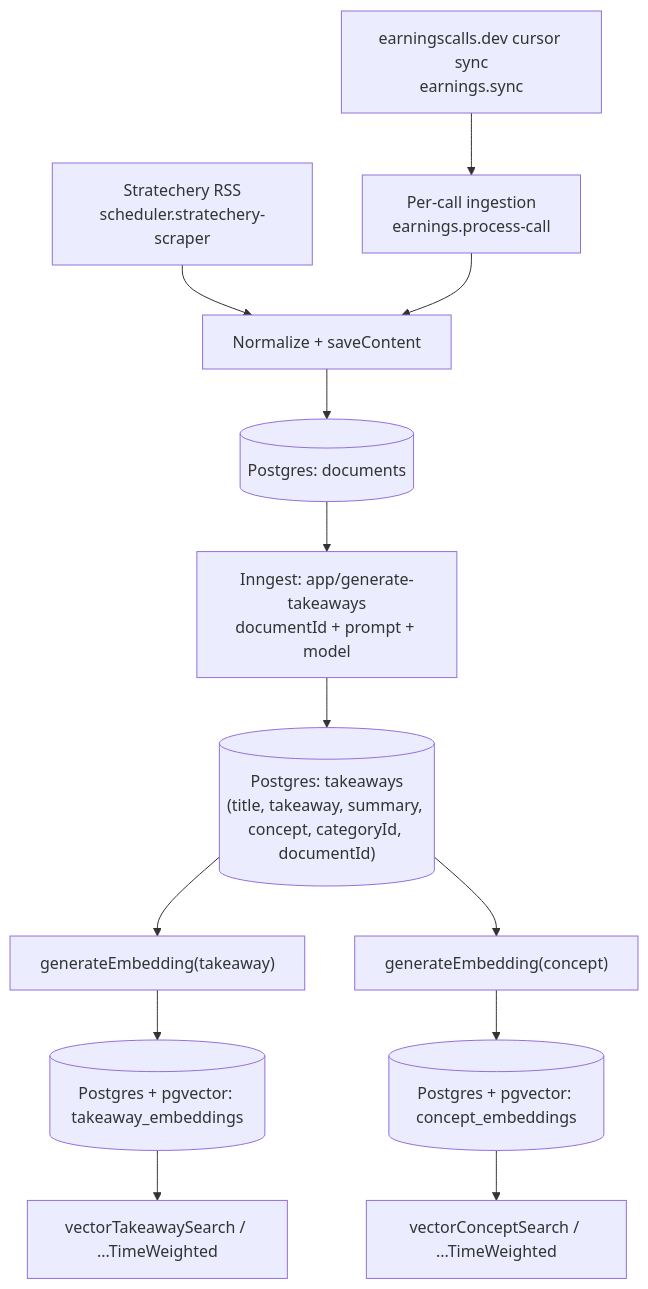
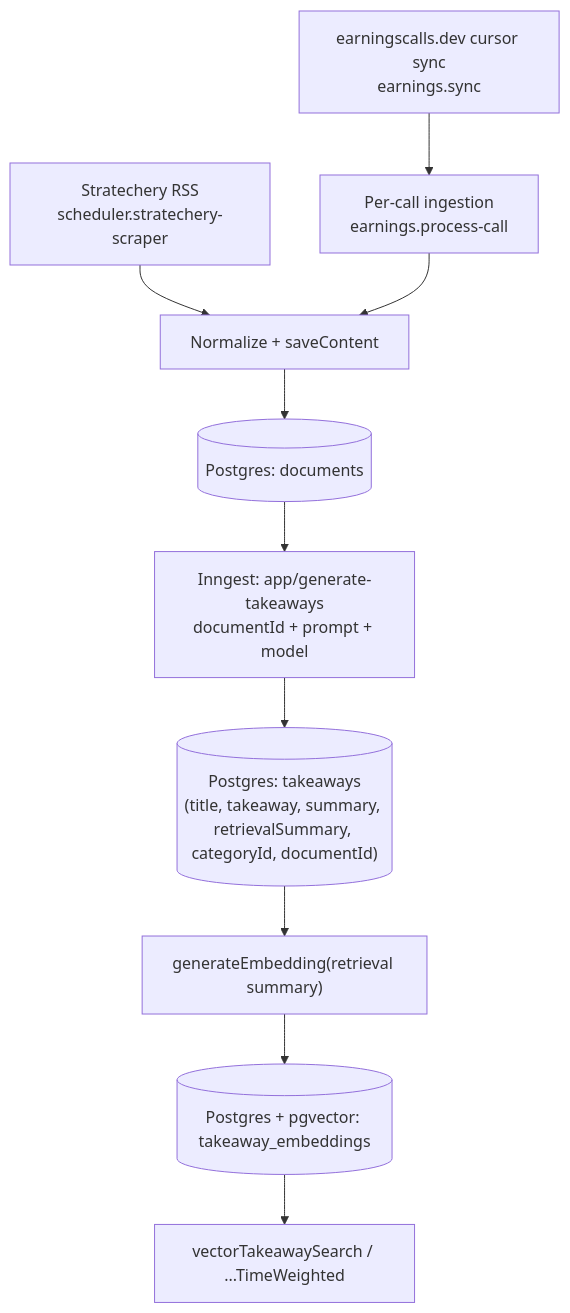
Before and after one commit to starmode-base/expert-system: the first of 2 diagrams in documentation/INSIGHT_GENERATION_BACKEND_FLOW.md, drawn with Mermaid. The commit also changed other lines of this file and 14 other files, not shown here.

````diff
--- a/documentation/INSIGHT_GENERATION_BACKEND_FLOW.md
+++ b/documentation/INSIGHT_GENERATION_BACKEND_FLOW.md
@@ -105,15 +103,12 @@
 ```mermaid
 flowchart TD
   A["Stratechery RSS<br/>scheduler.stratechery-scraper"] --> B["Normalize + saveContent"]
   A2["earningscalls.dev cursor sync<br/>earnings.sync"] --> A3["Per-call ingestion<br/>earnings.process-call"]
   A3 --> B
   B --> C[("Postgres: documents")]
   C --> D["Inngest: app/generate-takeaways<br/>documentId + prompt + model"]
-  D --> E[("Postgres: takeaways<br/>(title, takeaway, summary, concept, categoryId, documentId)")]
-  E --> F["generateEmbedding(takeaway)"]
-  E --> G["generateEmbedding(concept)"]
+  D --> E[("Postgres: takeaways<br/>(title, takeaway, summary, retrievalSummary, categoryId, documentId)")]
+  E --> F["generateEmbedding(retrieval summary)"]
   F --> H[("Postgres + pgvector: takeaway_embeddings")]
-  G --> I[("Postgres + pgvector: concept_embeddings")]
   H --> J["vectorTakeawaySearch / ...TimeWeighted"]
-  I --> K["vectorConceptSearch / ...TimeWeighted"]
 ```
````
